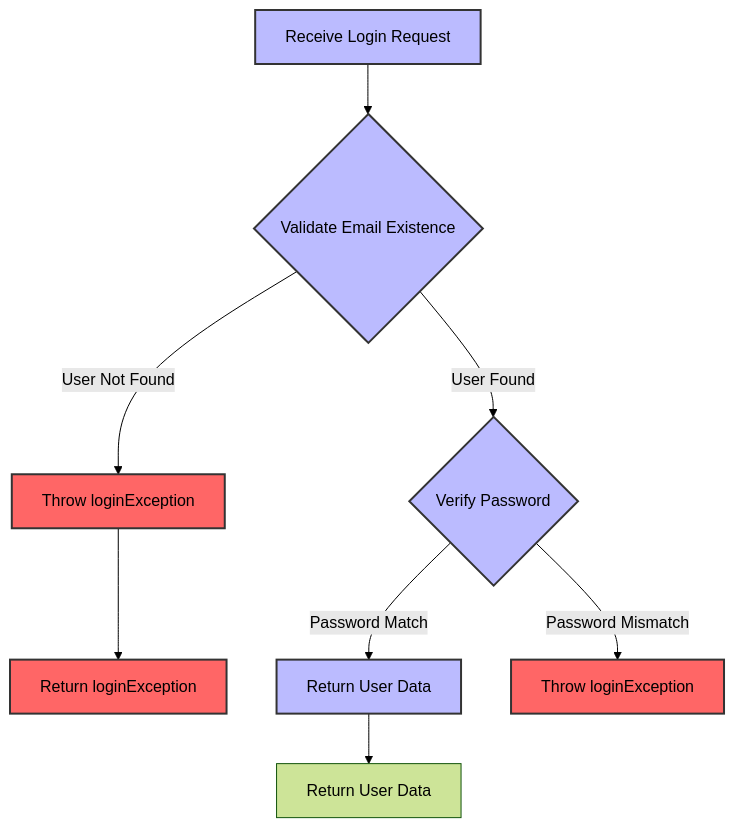
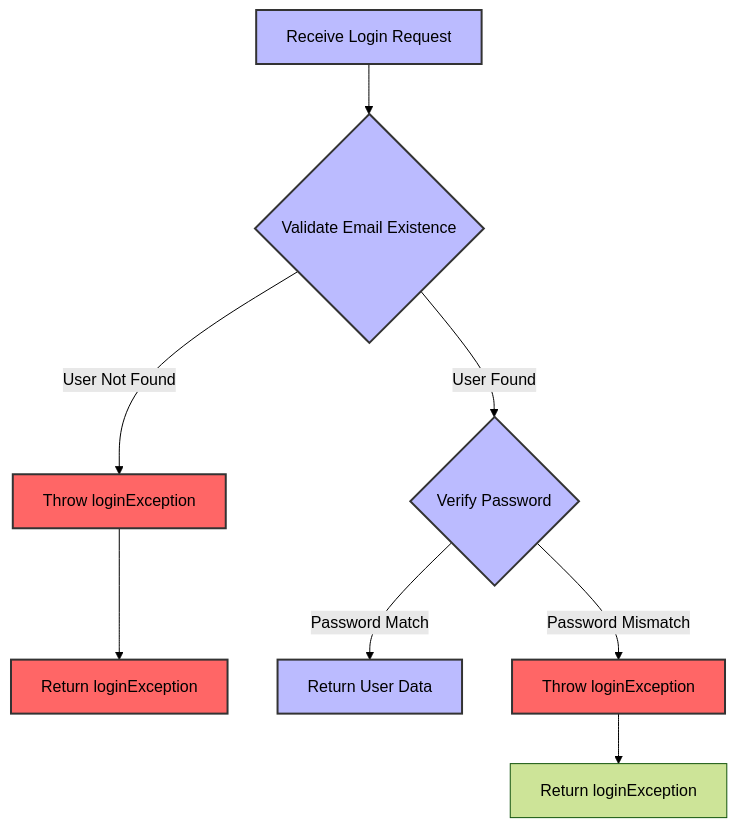
One commit to rohitjha941/blog-bubbles-api changed the diagram in docs/login.mermaid. Above: the diagram before and after it, drawn with Mermaid (forest theme).

Commit message:
fix: login diagram

```diff
--- a/docs/login.mermaid
+++ b/docs/login.mermaid
@@ -1,16 +1,16 @@
 graph TD
     A[Receive Login Request] --> B{Validate Email Existence}
     B --> |User Not Found| C[Throw loginException]
     B --> |User Found| D{Verify Password}
     C --> E[Return loginException]
     D --> |Password Match| F[Return User Data]
     D --> |Password Mismatch| G[Throw loginException]
-    F --> H[Return User Data]
+    G --> H[Return loginException]
 
 style A fill:#BBF,stroke:#333,stroke-width:2px
 style B fill:#BBF,stroke:#333,stroke-width:2px
 style C fill:#F66,stroke:#333,stroke-width:2px
 style D fill:#BBF,stroke:#333,stroke-width:2px
 style E fill:#F66,stroke:#333,stroke-width:2px
 style F fill:#BBF,stroke:#333,stroke-width:2px
 style G fill:#F66,stroke:#333,stroke-width:2px
```
